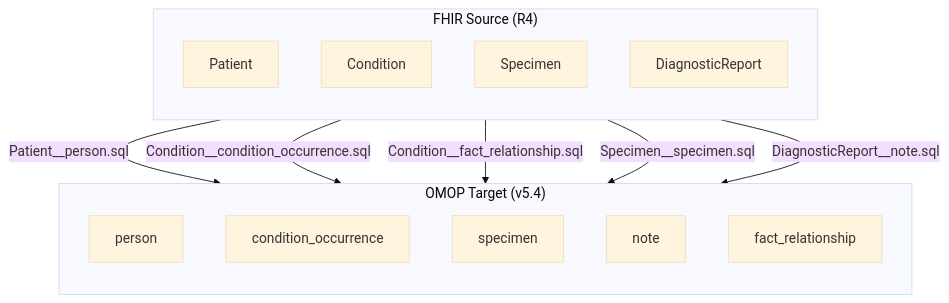
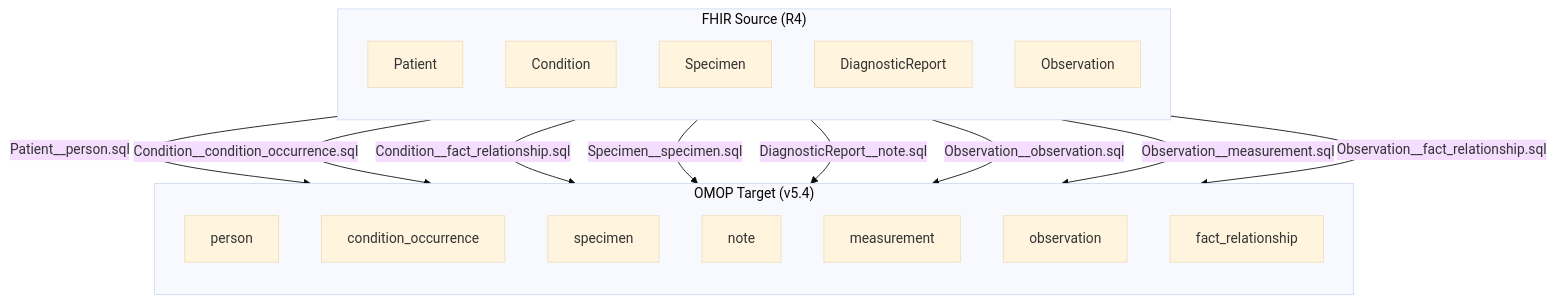
Before and after one commit to lampadephoros/fhir2omop: the diagram in packs/specialty/oncology-ngs-biomarker/README.md, drawn with Mermaid (base theme). The commit also changed other lines of this file and 11 other files, not shown here.

````diff
--- a/packs/specialty/oncology-ngs-biomarker/README.md
+++ b/packs/specialty/oncology-ngs-biomarker/README.md
@@ -25,26 +25,32 @@
 ```mermaid
 graph TD
     subgraph fhir ["FHIR Source (R4)"]
         direction TB
         F_Pat[Patient]
         F_Cond[Condition]
         F_Spec[Specimen]
         F_DR[DiagnosticReport]
+        F_Obs[Observation]
     end
 
     subgraph omop ["OMOP Target (v5.4)"]
         direction TB
         O_Per[person]
         O_Cond[condition_occurrence]
         O_Spec[specimen]
         O_Note[note]
+        O_Meas[measurement]
+        O_Obs[observation]
         O_Fact[fact_relationship]
     end
 
 
     F_Pat -->|Patient__person.sql| O_Per
     F_Cond -->|Condition__condition_occurrence.sql| O_Cond
     F_Cond -->|Condition__fact_relationship.sql| O_Fact
     F_Spec -->|Specimen__specimen.sql| O_Spec
     F_DR -->|DiagnosticReport__note.sql| O_Note
+    F_Obs -->|Observation__observation.sql| O_Obs
+    F_Obs -->|Observation__measurement.sql| O_Meas
+    F_Obs -->|Observation__fact_relationship.sql| O_Fact
 ```
````
